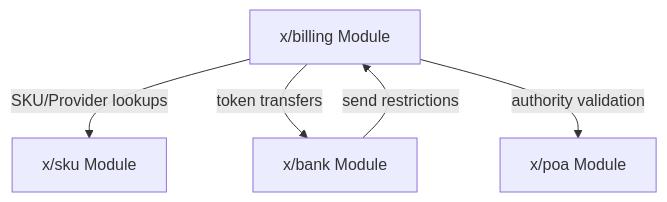
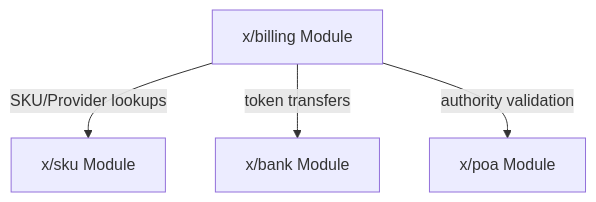
Before and after one commit to manifest-network/manifest-ledger: the first of 12 diagrams in x/billing/docs/ARCHITECTURE.md, drawn with Mermaid. The commit also changed other lines of this file and 26 other files, not shown here.

````diff
--- a/x/billing/docs/ARCHITECTURE.md
+++ b/x/billing/docs/ARCHITECTURE.md
@@ -11,12 +17,11 @@
 ```mermaid
 graph TD
     Billing[x/billing Module]
     SKU[x/sku Module]
     Bank[x/bank Module]
     POA[x/poa Module]
     
     Billing -->|SKU/Provider lookups| SKU
     Billing -->|token transfers| Bank
     Billing -->|authority validation| POA
-    Bank -->|send restrictions| Billing
 ```
````
